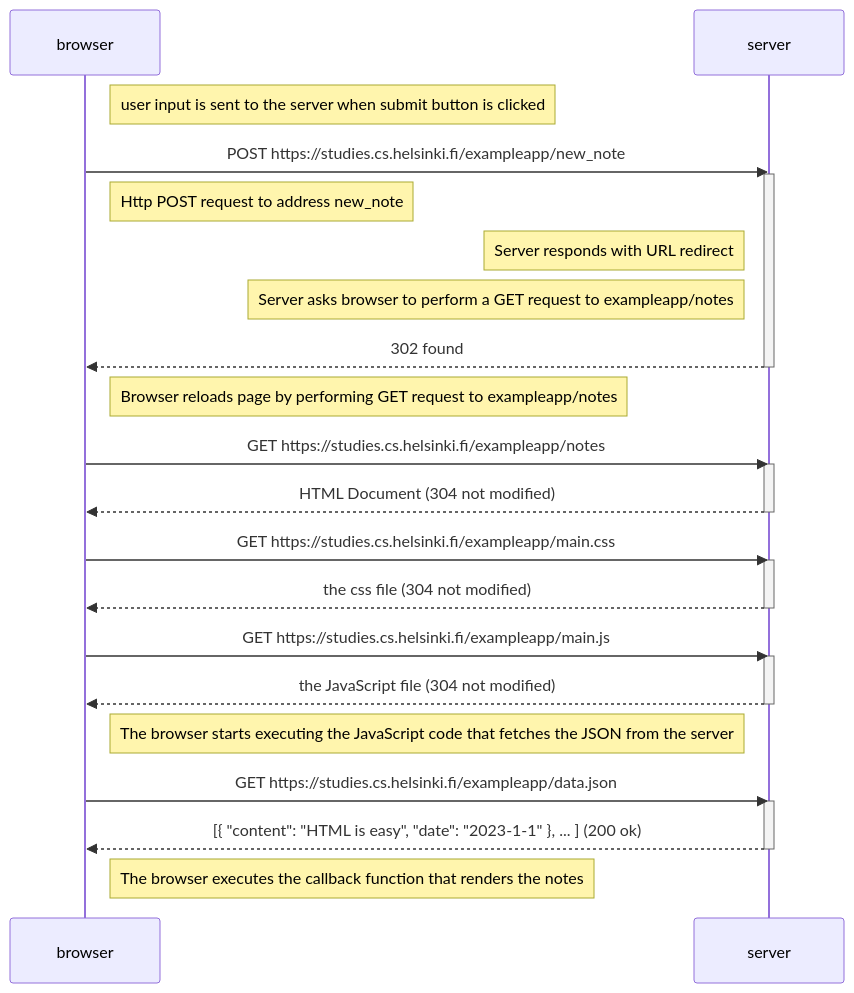
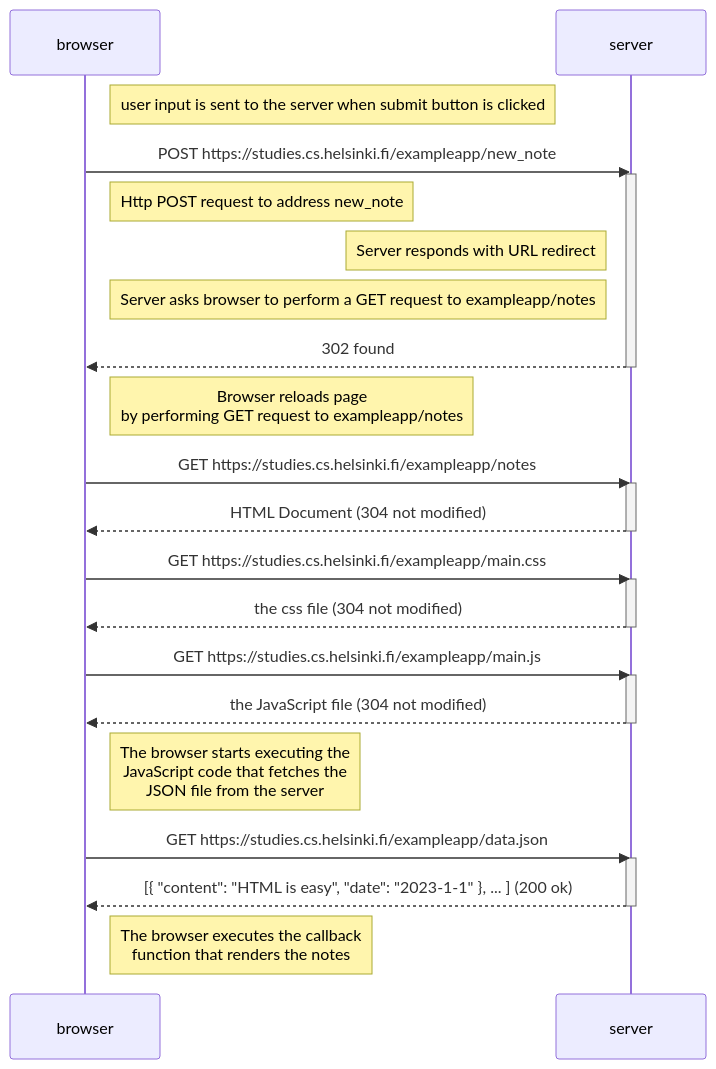
The diagram in part0/ex0-4_New-Note.md (AnushM55/FullStackOpen), drawn with Mermaid before and after one commit.

Commit message:
adjust formatting

````diff
--- a/part0/ex0-4_New-Note.md
+++ b/part0/ex0-4_New-Note.md
@@ -4,44 +4,44 @@
 ```mermaid
 sequenceDiagram
     participant browser
     participant server
 
     Note right of browser:  user input is sent to the server when submit button is clicked
 
     browser->>server: POST https://studies.cs.helsinki.fi/exampleapp/new_note 
     activate server
 
     Note right of browser: Http POST request to address new_note  
     
     Note left of server: Server responds with URL redirect
     Note left of server: Server asks browser to perform a GET request to exampleapp/notes
 
     server-->>browser: 302 found
 
     deactivate server
 
-    Note right of browser: Browser reloads page by performing GET request to exampleapp/notes
+    Note right of browser: Browser reloads page <br/> by performing GET request to exampleapp/notes
     browser->>server: GET https://studies.cs.helsinki.fi/exampleapp/notes
     activate server
     server-->>browser: HTML Document (304 not modified)
     deactivate server
 
     browser->>server: GET https://studies.cs.helsinki.fi/exampleapp/main.css 
     activate server
     server-->>browser: the css file (304 not modified)
     deactivate server
 
     browser->>server: GET https://studies.cs.helsinki.fi/exampleapp/main.js 
     activate server
     server-->>browser: the JavaScript file (304 not modified)
     deactivate server
 
-    Note right of browser: The browser starts executing the JavaScript code that fetches the JSON from the server
+    Note right of browser: The browser starts executing the<br/> JavaScript code that fetches the<br/> JSON file from the server
 
     browser->>server: GET https://studies.cs.helsinki.fi/exampleapp/data.json 
     activate server
     server-->>browser: [{ "content": "HTML is easy", "date": "2023-1-1" }, ... ] (200 ok)
     deactivate server
 
-    Note right of browser: The browser executes the callback function that renders the notes
+    Note right of browser: The browser executes the callback<br/> function that renders the notes
 ```
````
